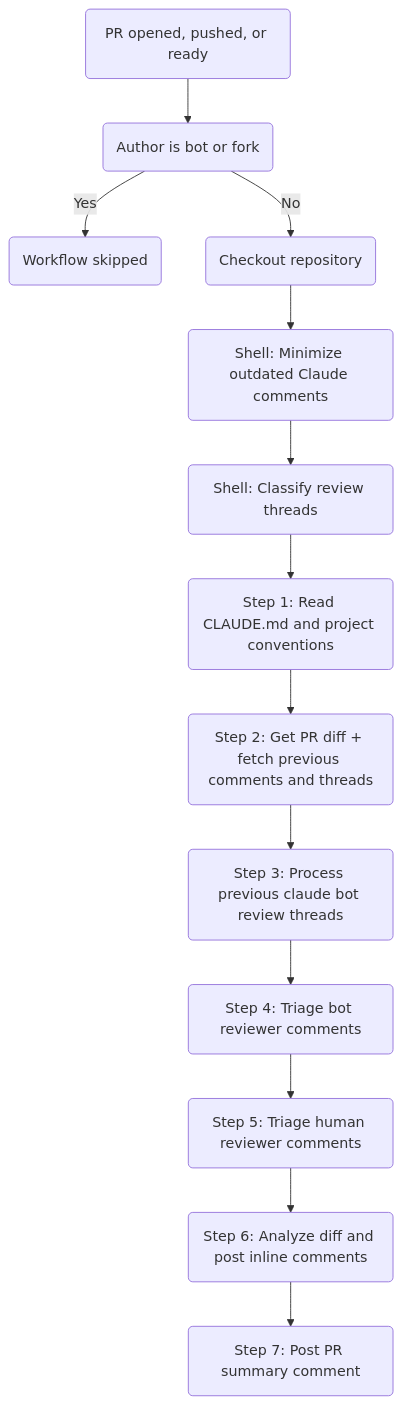
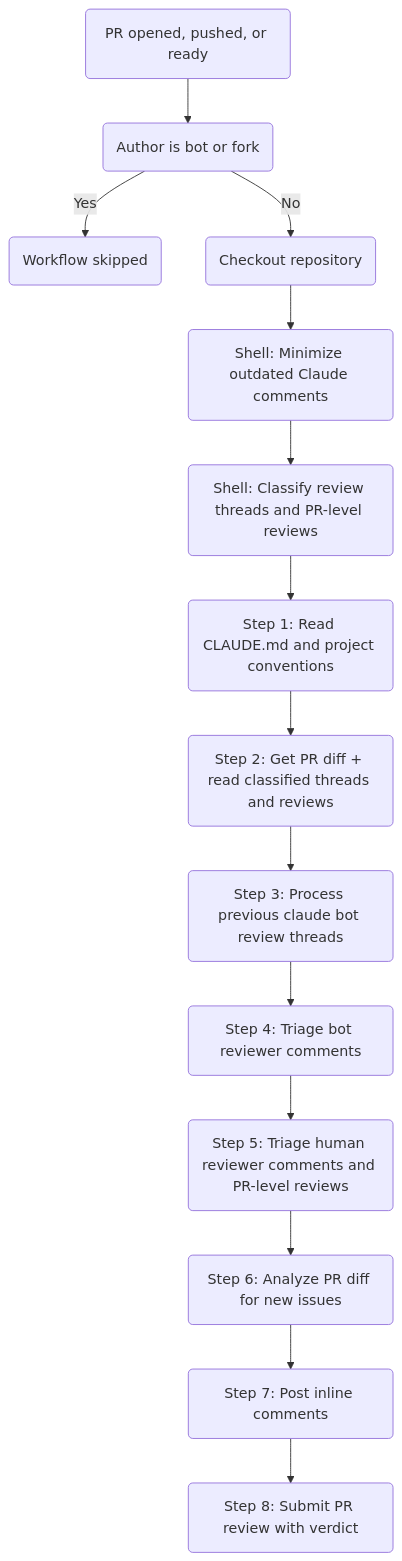
Before and after one commit to SchweizerischeBundesbahnen/github-workflows-polarion: the first of 2 diagrams in docs/claude-code-review.md, drawn with Mermaid. The commit also changed other lines of this file and 1 other file, not shown here.

First line of the commit message:
fix: classify PR-level reviews in shell pre-processing step (#71)

````diff
--- a/docs/claude-code-review.md
+++ b/docs/claude-code-review.md
@@ -40,15 +40,16 @@
 ```mermaid
 flowchart TD
   A(PR opened, pushed, or ready) --> B(Author is bot or fork)
   B -->|Yes| Z(Workflow skipped)
   B -->|No| C(Checkout repository)
   C --> D(Shell: Minimize outdated Claude comments)
-  D --> D2(Shell: Classify review threads)
+  D --> D2(Shell: Classify review threads and PR-level reviews)
   D2 --> E(Step 1: Read CLAUDE.md and project conventions)
-  E --> F(Step 2: Get PR diff + fetch previous comments and threads)
+  E --> F(Step 2: Get PR diff + read classified threads and reviews)
   F --> G(Step 3: Process previous claude bot review threads)
   G --> H(Step 4: Triage bot reviewer comments)
-  H --> I(Step 5: Triage human reviewer comments)
-  I --> J(Step 6: Analyze diff and post inline comments)
-  J --> K(Step 7: Post PR summary comment)
+  H --> I(Step 5: Triage human reviewer comments and PR-level reviews)
+  I --> J(Step 6: Analyze PR diff for new issues)
+  J --> J2(Step 7: Post inline comments)
+  J2 --> K(Step 8: Submit PR review with verdict)
 ```
````
